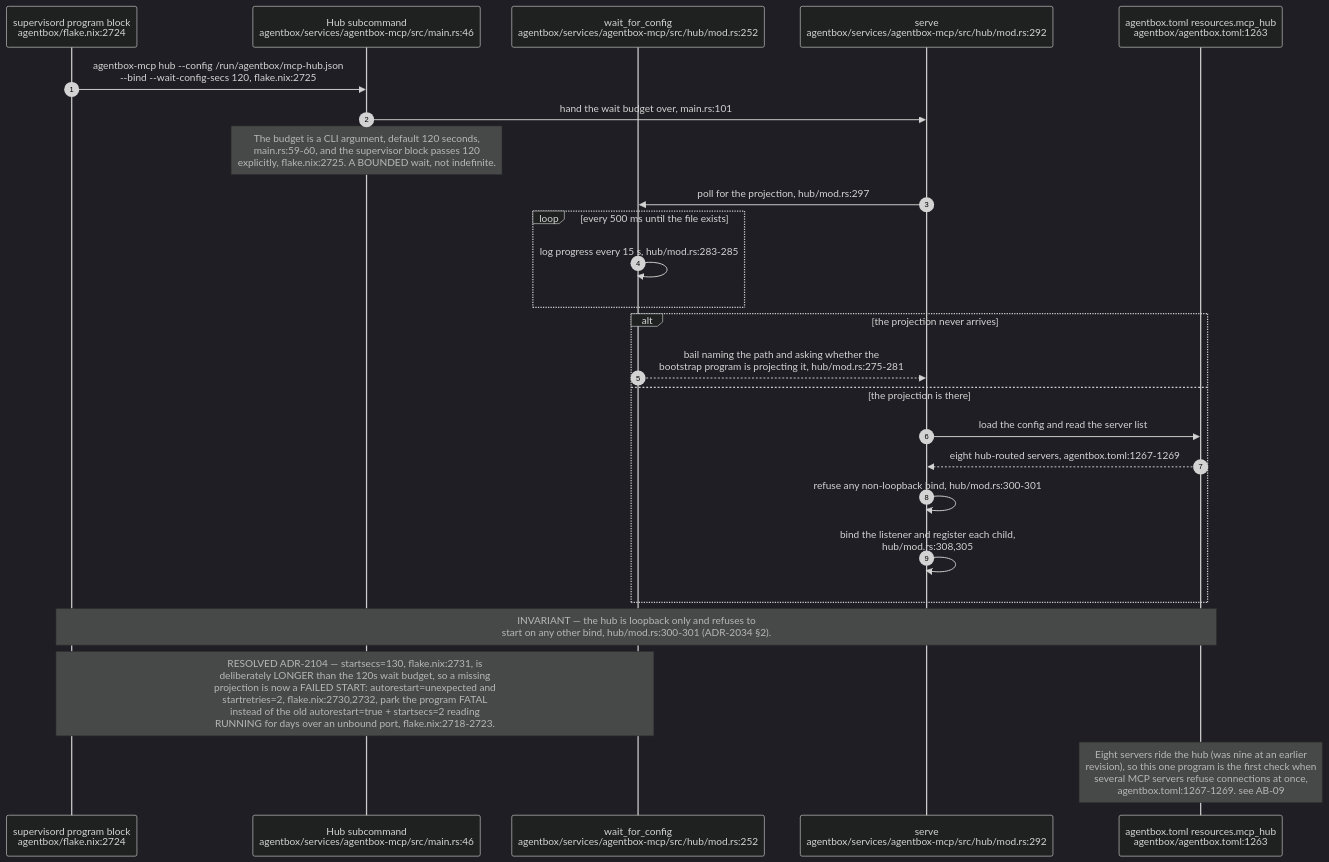
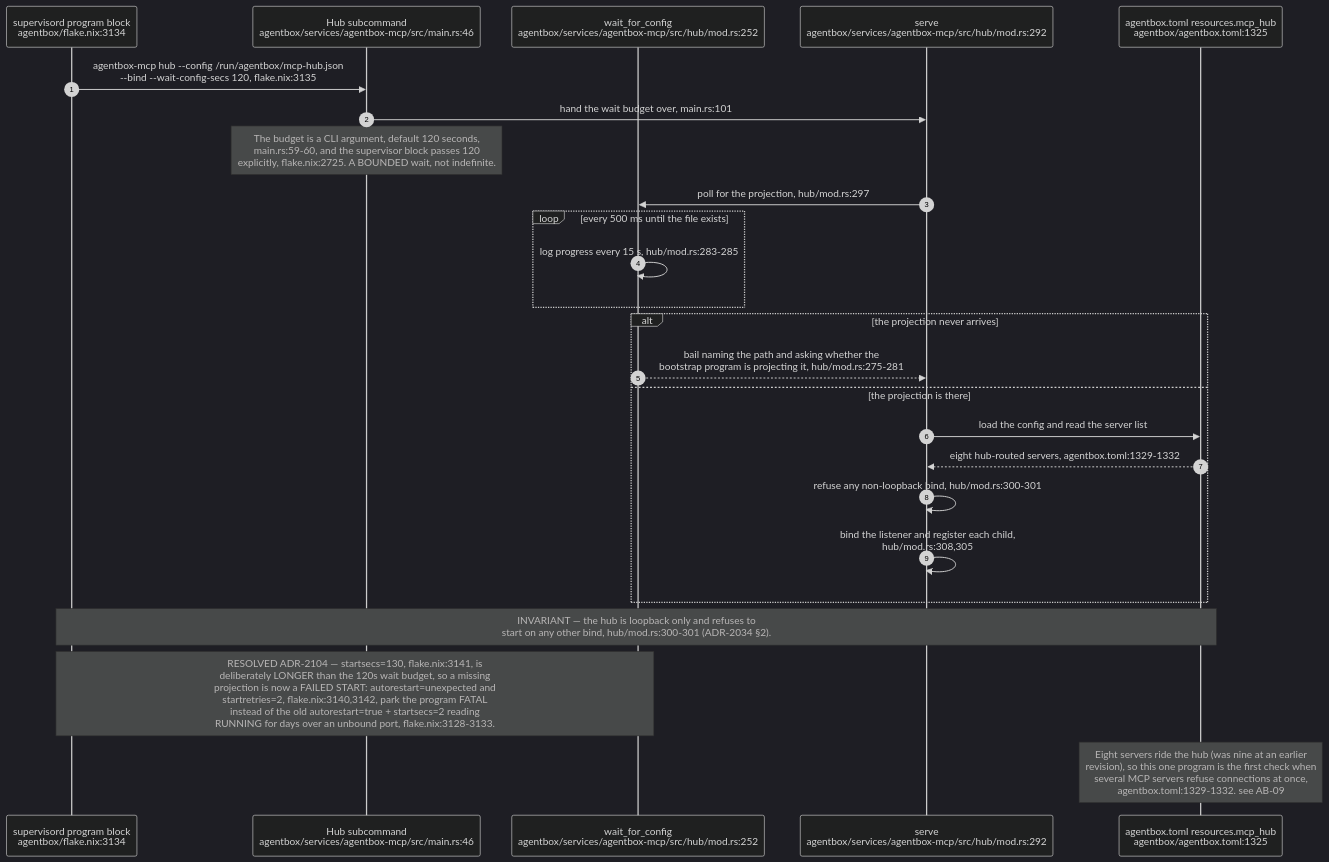
One commit to DreamLab-AI/VisionFlow changed the seventh of 8 diagrams in docs/diagrams/estate/01-estate-topology.md. Above: the diagram before and after it, drawn with Mermaid (dark theme). The commit also changed other lines of this file and 111 other files, not shown here.

Commit message:
docs(diagrams): align estate maps with current source

````diff
--- a/docs/diagrams/estate/01-estate-topology.md
+++ b/docs/diagrams/estate/01-estate-topology.md
@@ -273,28 +273,28 @@
 ```mermaid
 sequenceDiagram
     autonumber
-    participant SUP as supervisord program block<br/>agentbox/flake.nix:2724
+    participant SUP as supervisord program block<br/>agentbox/flake.nix:3134
     participant MAIN as Hub subcommand<br/>agentbox/services/agentbox-mcp/src/main.rs:46
     participant WAIT as wait_for_config<br/>agentbox/services/agentbox-mcp/src/hub/mod.rs:252
     participant SERVE as serve<br/>agentbox/services/agentbox-mcp/src/hub/mod.rs:292
-    participant MAN as agentbox.toml resources.mcp_hub<br/>agentbox/agentbox.toml:1263
+    participant MAN as agentbox.toml resources.mcp_hub<br/>agentbox/agentbox.toml:1325
 
-    SUP->>MAIN: agentbox-mcp hub --config /run/agentbox/mcp-hub.json<br/>--bind --wait-config-secs 120, flake.nix:2725
+    SUP->>MAIN: agentbox-mcp hub --config /run/agentbox/mcp-hub.json<br/>--bind --wait-config-secs 120, flake.nix:3135
     MAIN->>SERVE: hand the wait budget over, main.rs:101
     Note over MAIN: The budget is a CLI argument, default 120 seconds,<br/>main.rs:59-60, and the supervisor block passes 120<br/>explicitly, flake.nix:2725. A BOUNDED wait, not indefinite.
     SERVE->>WAIT: poll for the projection, hub/mod.rs:297
     loop every 500 ms until the file exists
         WAIT->>WAIT: log progress every 15 s, hub/mod.rs:283-285
     end
     alt the projection never arrives
         WAIT-->>SERVE: bail naming the path and asking whether the<br/>bootstrap program is projecting it, hub/mod.rs:275-281
     else the projection is there
         SERVE->>MAN: load the config and read the server list
-        MAN-->>SERVE: eight hub-routed servers, agentbox.toml:1267-1269
+        MAN-->>SERVE: eight hub-routed servers, agentbox.toml:1329-1332
         SERVE->>SERVE: refuse any non-loopback bind, hub/mod.rs:300-301
         SERVE->>SERVE: bind the listener and register each child,<br/>hub/mod.rs:308,305
     end
     Note over SUP,MAN: INVARIANT — the hub is loopback only and refuses to<br/>start on any other bind, hub/mod.rs:300-301 (ADR-2034 §2).
-    Note over SUP,WAIT: RESOLVED ADR-2104 — startsecs=130, flake.nix:2731, is<br/>deliberately LONGER than the 120s wait budget, so a missing<br/>projection is now a FAILED START: autorestart=unexpected and<br/>startretries=2, flake.nix:2730,2732, park the program FATAL<br/>instead of the old autorestart=true + startsecs=2 reading<br/>RUNNING for days over an unbound port, flake.nix:2718-2723.
-    Note over MAN: Eight servers ride the hub (was nine at an earlier<br/>revision), so this one program is the first check when<br/>several MCP servers refuse connections at once,<br/>agentbox.toml:1267-1269. see AB-09
+    Note over SUP,WAIT: RESOLVED ADR-2104 — startsecs=130, flake.nix:3141, is<br/>deliberately LONGER than the 120s wait budget, so a missing<br/>projection is now a FAILED START: autorestart=unexpected and<br/>startretries=2, flake.nix:3140,3142, park the program FATAL<br/>instead of the old autorestart=true + startsecs=2 reading<br/>RUNNING for days over an unbound port, flake.nix:3128-3133.
+    Note over MAN: Eight servers ride the hub (was nine at an earlier<br/>revision), so this one program is the first check when<br/>several MCP servers refuse connections at once,<br/>agentbox.toml:1329-1332. see AB-09
 ```
````
